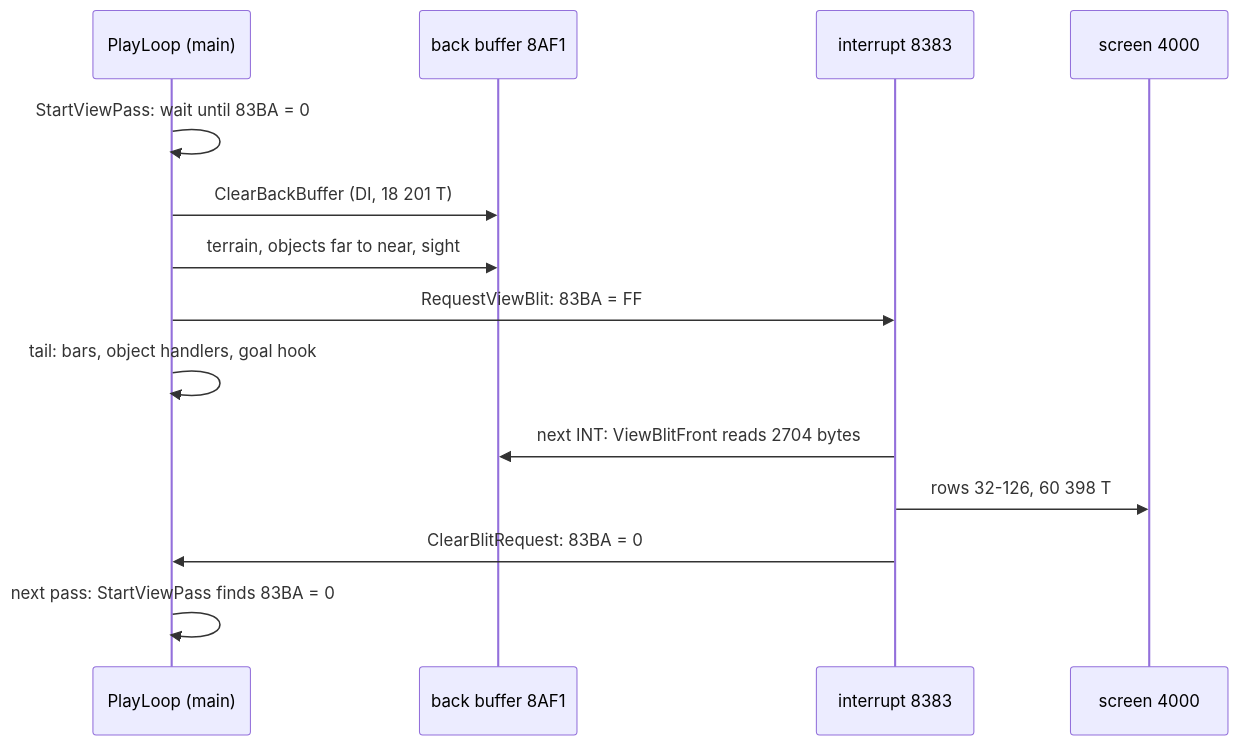
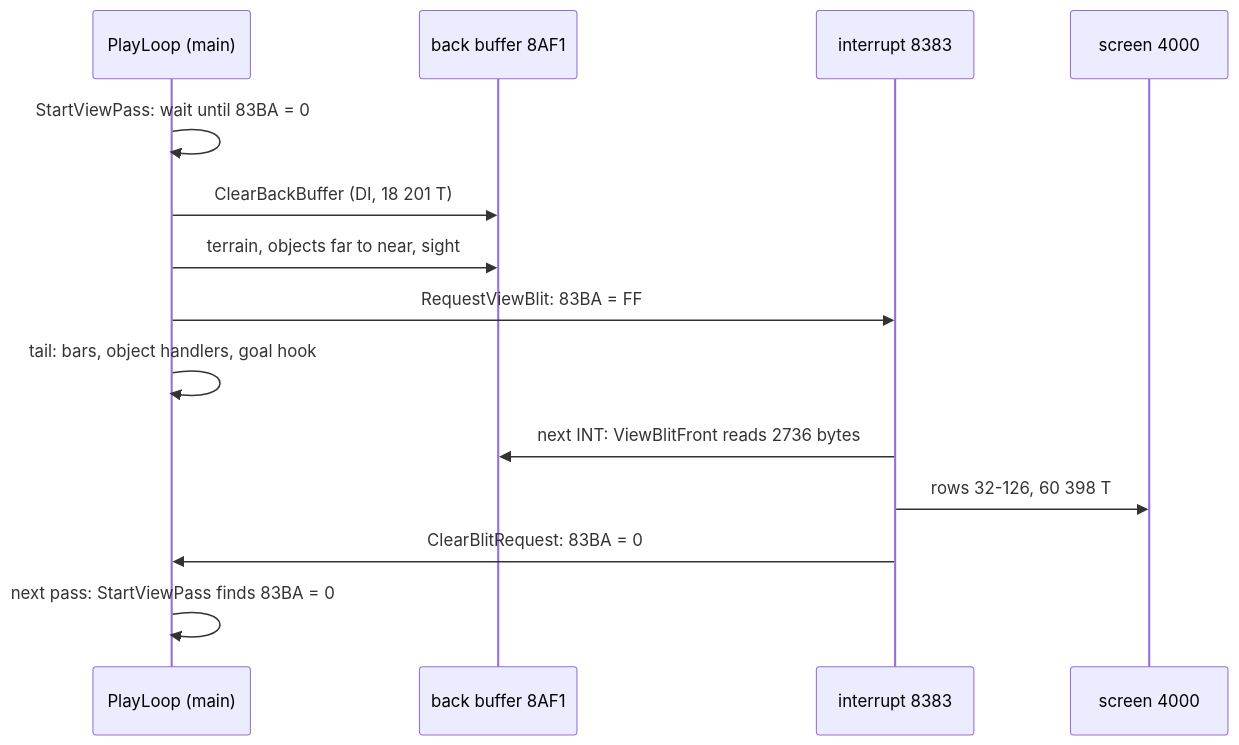
One commit to alfishe/unrealng-reverse-cases changed the third of 3 diagrams in games/battle-command/docs/04-game-loop.md. Above: the diagram before and after it, drawn with Mermaid. The commit also changed other lines of this file and 75 other files, not shown here.

````diff
--- a/games/battle-command/docs/04-game-loop.md
+++ b/games/battle-command/docs/04-game-loop.md
@@ -424,16 +443,16 @@
 ```mermaid
 sequenceDiagram
     participant L as PlayLoop (main)
     participant B as back buffer 8AF1
     participant I as interrupt 8383
     participant S as screen 4000
     L->>L: StartViewPass: wait until 83BA = 0
     L->>B: ClearBackBuffer (DI, 18 201 T)
     L->>B: terrain, objects far to near, sight
     L->>I: RequestViewBlit: 83BA = FF
     L->>L: tail: bars, object handlers, goal hook
-    I->>B: next INT: ViewBlitFront reads 2704 bytes
+    I->>B: next INT: ViewBlitFront reads 2736 bytes
     I->>S: rows 32-126, 60 398 T
     I->>L: ClearBlitRequest: 83BA = 0
     L->>L: next pass: StartViewPass finds 83BA = 0
 ```
````
